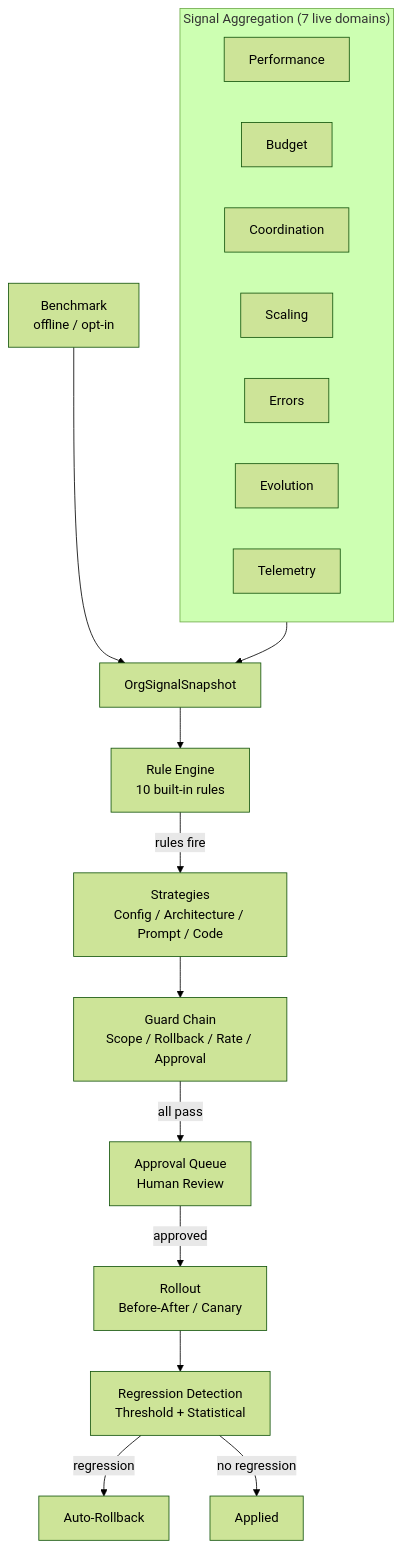
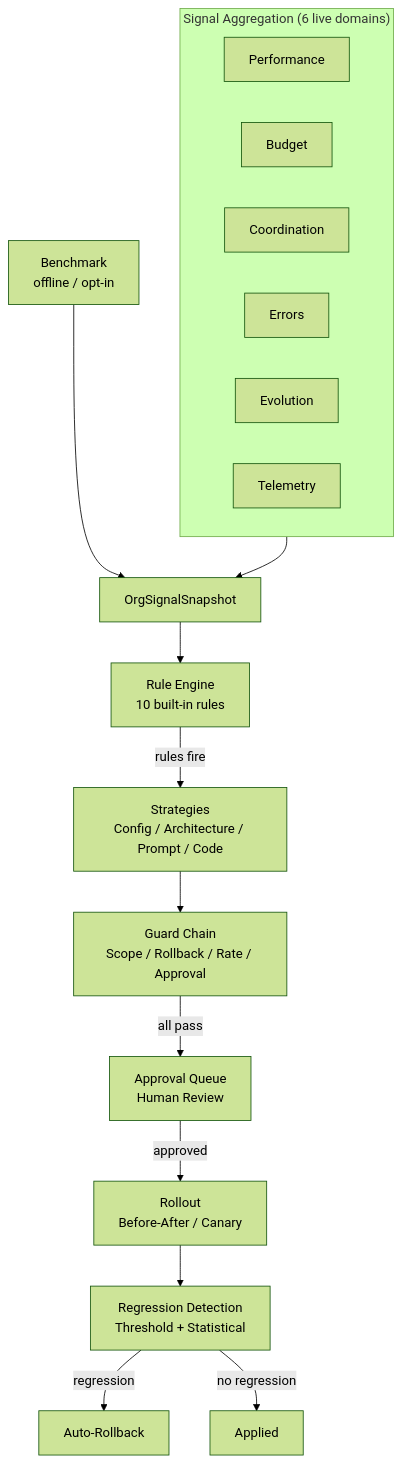
The diagram in docs/design/self-improvement.md (Aureliolo/synthorg), drawn with Mermaid (forest theme) before and after one commit. The commit also changed other lines of this file and 197 other files, not shown here.

````diff
--- a/docs/design/self-improvement.md
+++ b/docs/design/self-improvement.md
@@ -11,24 +11,23 @@
 ```mermaid
 flowchart TD
-    subgraph signals["Signal Aggregation (7 live domains)"]
+    subgraph signals["Signal Aggregation (6 live domains)"]
         P[Performance]
         B[Budget]
         C[Coordination]
-        S[Scaling]
         E[Errors]
         V[Evolution]
         T[Telemetry]
     end
 
     Bm["Benchmark<br/>offline / opt-in"]
     signals --> SNAP[OrgSignalSnapshot]
     Bm --> SNAP
     SNAP --> RE[Rule Engine<br/>10 built-in rules]
     RE -->|rules fire| STRATEGIES[Strategies<br/>Config / Architecture / Prompt / Code]
     STRATEGIES --> GUARD[Guard Chain<br/>Scope / Rollback / Rate / Approval]
     GUARD -->|all pass| QUEUE[Approval Queue<br/>Human Review]
     QUEUE -->|approved| ROLLOUT[Rollout<br/>Before-After / Canary]
     ROLLOUT --> REGRESS[Regression Detection<br/>Threshold + Statistical]
     REGRESS -->|regression| ROLLBACK[Auto-Rollback]
     REGRESS -->|no regression| APPLIED[Applied]
 ```
````
